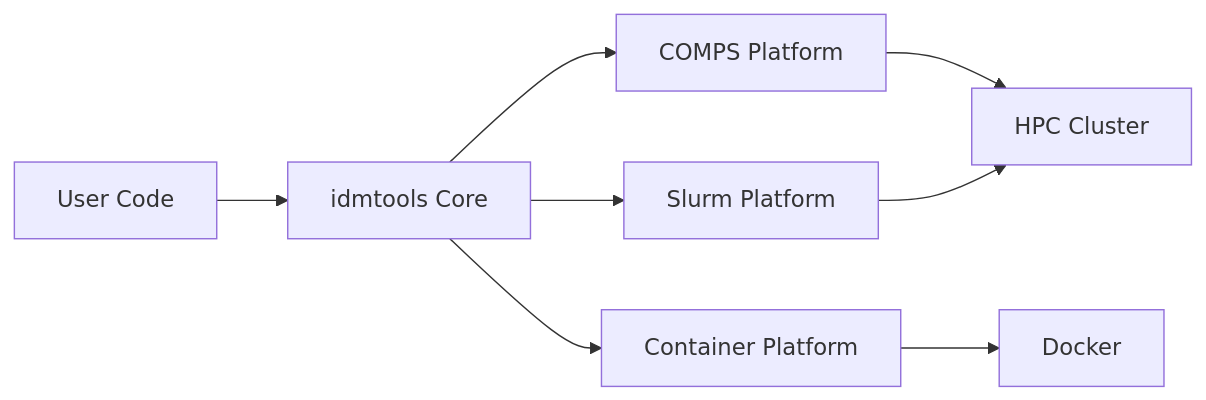
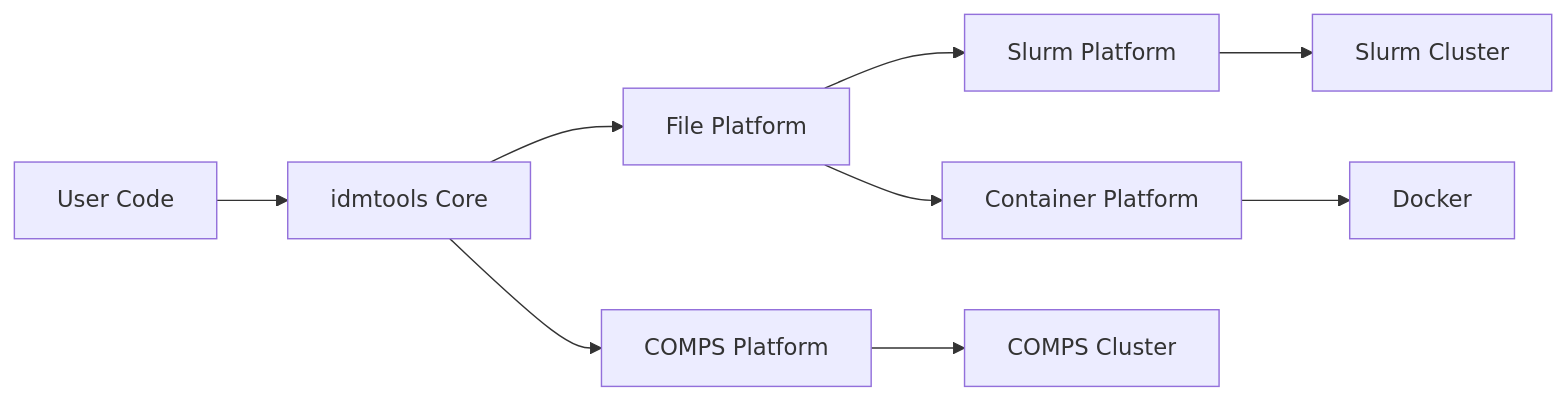
The diagram in docs/index.md (InstituteforDiseaseModeling/idmtools), drawn with Mermaid before and after one commit. The commit also changed 13 other files, not shown here.

````diff
--- a/docs/index.md
+++ b/docs/index.md
@@ -69,10 +69,11 @@
 ```mermaid
 graph LR
     A[User Code] --> B[idmtools Core]
     B --> C[COMPS Platform]
-    B --> D[Slurm Platform]
-    B --> E[Container Platform]
-    C --> G[HPC Cluster]
-    D --> G
+    B --> F[File Platform]
+    F --> D[Slurm Platform]
+    F --> E[Container Platform]
+    C --> G[COMPS Cluster]
+    D --> I[Slurm Cluster]
     E --> H[Docker]
 ```
````
